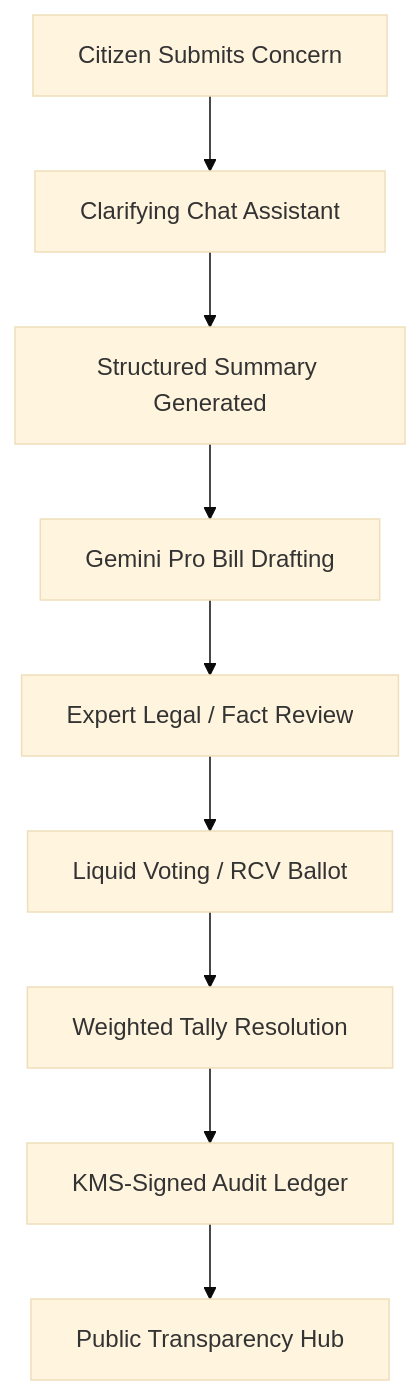
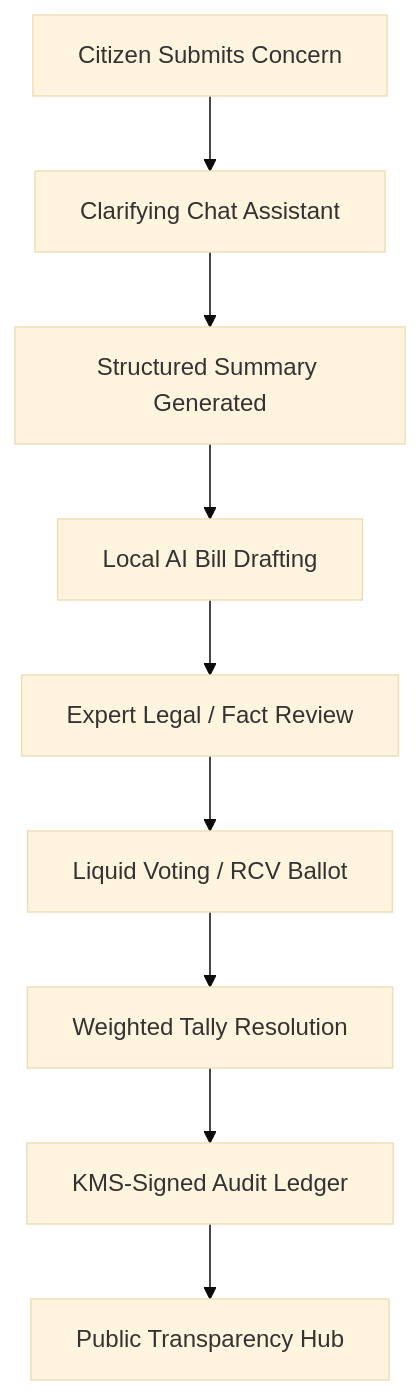
One commit to RorriMaesu/Common-Sense-Republic changed the diagram in README.md. Above: the diagram before and after it, drawn with Mermaid (base theme). The commit also changed other lines of this file, not shown here.

Commit message:
docs: realign README with client-side WebGPU and local Ollama architectures, removing Gemini cloud spec

````diff
--- a/README.md
+++ b/README.md
@@ -30,11 +30,11 @@
 ```mermaid
 graph TD
     A[Citizen Submits Concern] --> B[Clarifying Chat Assistant]
     B --> C[Structured Summary Generated]
-    C --> D[Gemini Pro Bill Drafting]
+    C --> D[Local AI Bill Drafting]
     D --> E[Expert Legal / Fact Review]
     E --> F[Liquid Voting / RCV Ballot]
     F --> G[Weighted Tally Resolution]
     G --> H[KMS-Signed Audit Ledger]
     H --> I[Public Transparency Hub]
 ```
````
